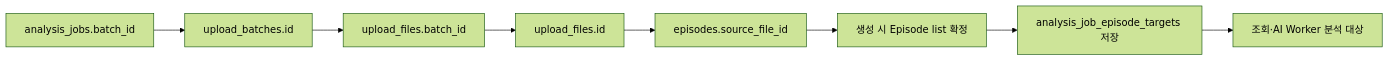
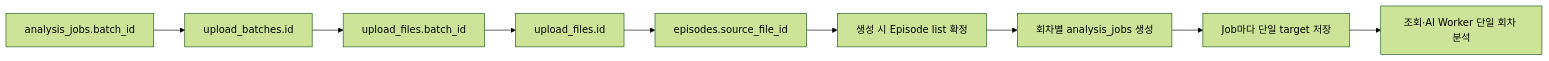
The eighth of 10 diagrams in docs/analysis-workflow.md (catchhole-soma/catchhole-backend-java), drawn with Mermaid (forest theme) before and after one commit. The commit also changed other lines of this file and 4 other files, not shown here.

First line of the commit message:
docs(episode): 감지와 회차별 분석 계약을 동기화한다

````diff
--- a/docs/analysis-workflow.md
+++ b/docs/analysis-workflow.md
@@ -263,10 +268,11 @@
 ```mermaid
 flowchart LR
     A["analysis_jobs.batch_id"] --> B["upload_batches.id"]
     B --> C["upload_files.batch_id"]
     C --> D["upload_files.id"]
     D --> E["episodes.source_file_id"]
     E --> F["생성 시 Episode list 확정"]
-    F --> G["analysis_job_episode_targets 저장"]
-    G --> H["조회·AI Worker 분석 대상"]
+    F --> G["회차별 analysis_jobs 생성"]
+    G --> H["Job마다 단일 target 저장"]
+    H --> I["조회·AI Worker 단일 회차 분석"]
 ```
````
